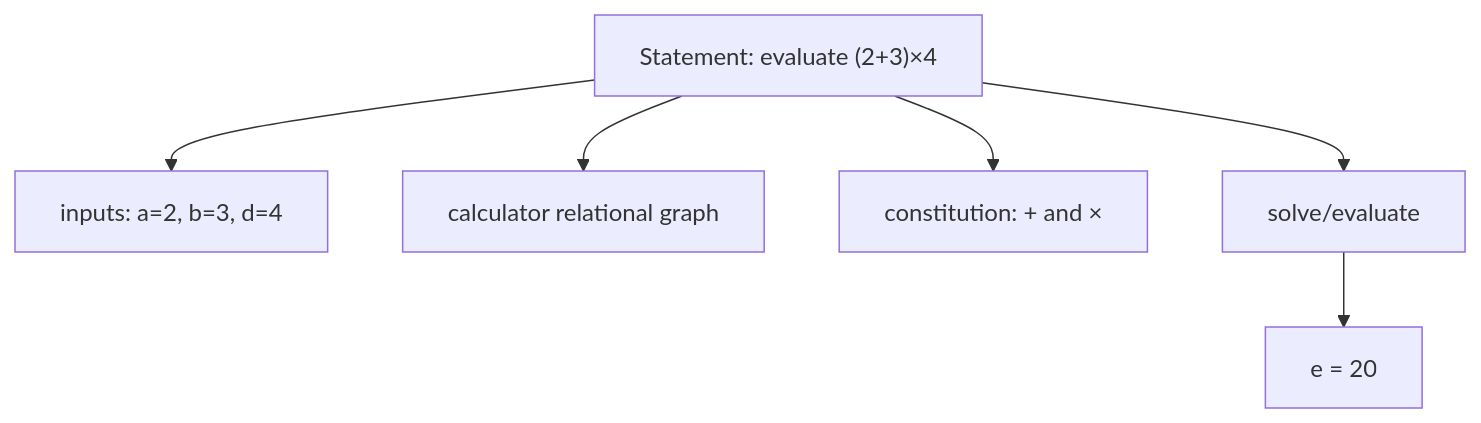
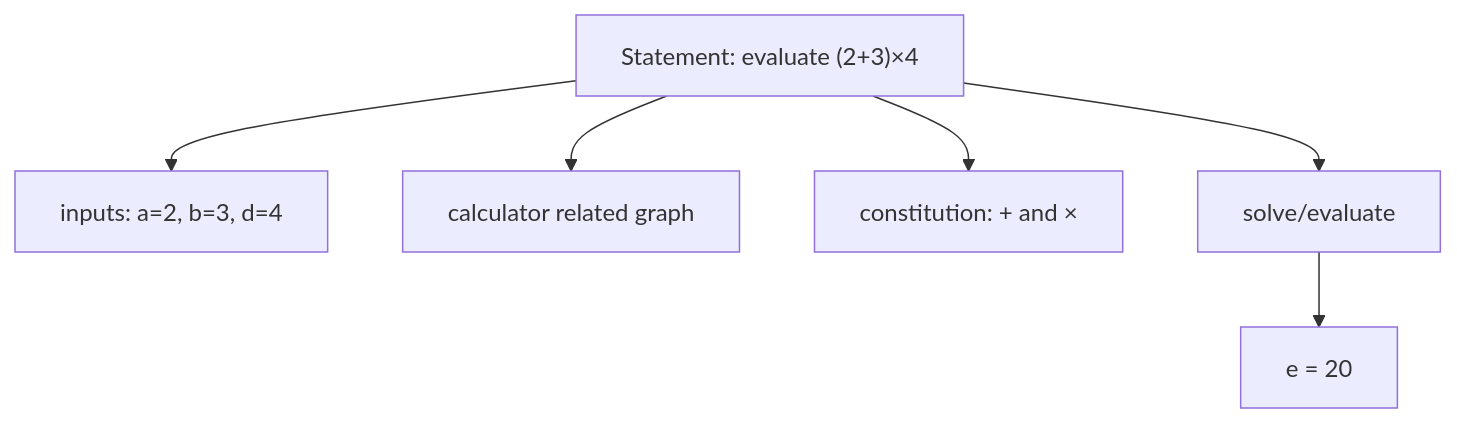
Before and after one commit to komahanb/unstructured-finite-volume: diagram 12 of 14 in test/calculator-tower/README.md, drawn with Mermaid. The commit also changed other lines of this file and 268 other files, not shown here.

````diff
--- a/test/calculator-tower/README.md
+++ b/test/calculator-tower/README.md
@@ -734,10 +734,10 @@
 ```mermaid
 flowchart TB
     S["Statement: evaluate (2+3)×4"]
 
     S --> inputs["inputs: a=2, b=3, d=4"]
-    S --> structure["calculator relational graph"]
+    S --> structure["calculator related graph"]
     S --> laws["constitution: + and ×"]
     S --> solve["solve/evaluate"]
     solve --> result["e = 20"]
 ```
````
